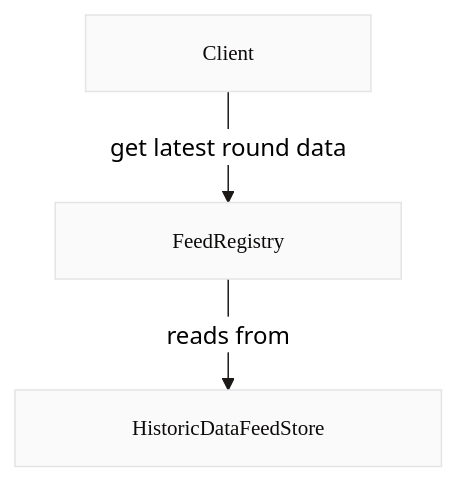
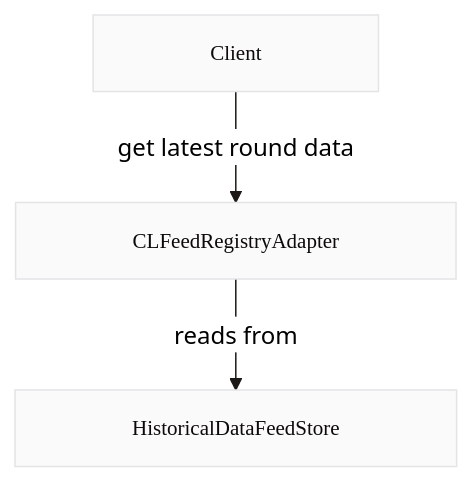
One commit to blocksense-network/blocksense-infra-test changed the diagram in apps/docs.blocksense.network/pages/docs/contracts/integration-guide/using-data-feeds/feed-registry.mdx. Above: the diagram before and after it, drawn with Mermaid. The commit also changed other lines of this file and 8 other files, not shown here.

````diff
--- a/apps/docs.blocksense.network/pages/docs/contracts/integration-guide/using-data-feeds/feed-registry.mdx
+++ b/apps/docs.blocksense.network/pages/docs/contracts/integration-guide/using-data-feeds/feed-registry.mdx
@@ -16,26 +16,26 @@
 ```mermaid
 ---
 config:
     rightAngles: true
     theme: neutral
     primaryColor: "#d0d0d0"
     signalColor: "FF0000"
     signalTextColor: "#808080"
 ---
 flowchart TD
   classDef clientNode fill:#fafafa,color:#0c0a09,stroke:#e4e4e7,stroke-width:1px,shadow:2px 2px 5px #888888, display:block, padding:0rem 3rem, font-size: 0.875rem, font-family:'Fira Code', monospace;
   classDef feedNode,dataNode fill:#fafafa,color:#0c0a09,stroke:#e4e4e7,stroke-width:1px,shadow:2px 2px 5px #888888, display:block, padding:0rem 3rem, font-size: 0.875rem, font-family:'Fira Code', monospace;
   classDef feedNode:hover,dataNode:hover fill:#fafafa,color:#0000EE,stroke:#e4e4e7,stroke-width:1px,shadow:2px 2px 5px #888888, display:block, padding:0rem 3rem, font-size: 0.875rem, font-family:'Fira Code', monospace, text-decoration: underline, text-underline-offset: 4px;
 
   linkStyle default fill:none,stroke-width:1px,stroke:#1c1917
 
-  A[Client] -->|get latest round data| FR[FeedRegistry]
-  FR -->|reads from| DFS[HistoricDataFeedStore]
+  A[Client] -->|get latest round data| FR[CLFeedRegistryAdapter]
+  FR -->|reads from| DFS[HistoricalDataFeedStore]
 
-  click FR "/docs/contracts/reference-documentation/FeedRegistry" "Go to FeedRegistry"
-  click DFS "/docs/contracts/reference-documentation/HistoricDataFeedStoreV2" "Go to HistoricDataFeedStoreV2"
+  click FR "/docs/contracts/reference-documentation/CLFeedRegistryAdapter" "Go to CLFeedRegistryAdapter"
+  click DFS "/docs/contracts/reference-documentation/HistoricalDataFeedStoreV2" "Go to HistoricalDataFeedStoreV2"
 
   class A clientNode
   class FR feedNode
   class DFS dataNode
 ```
````
